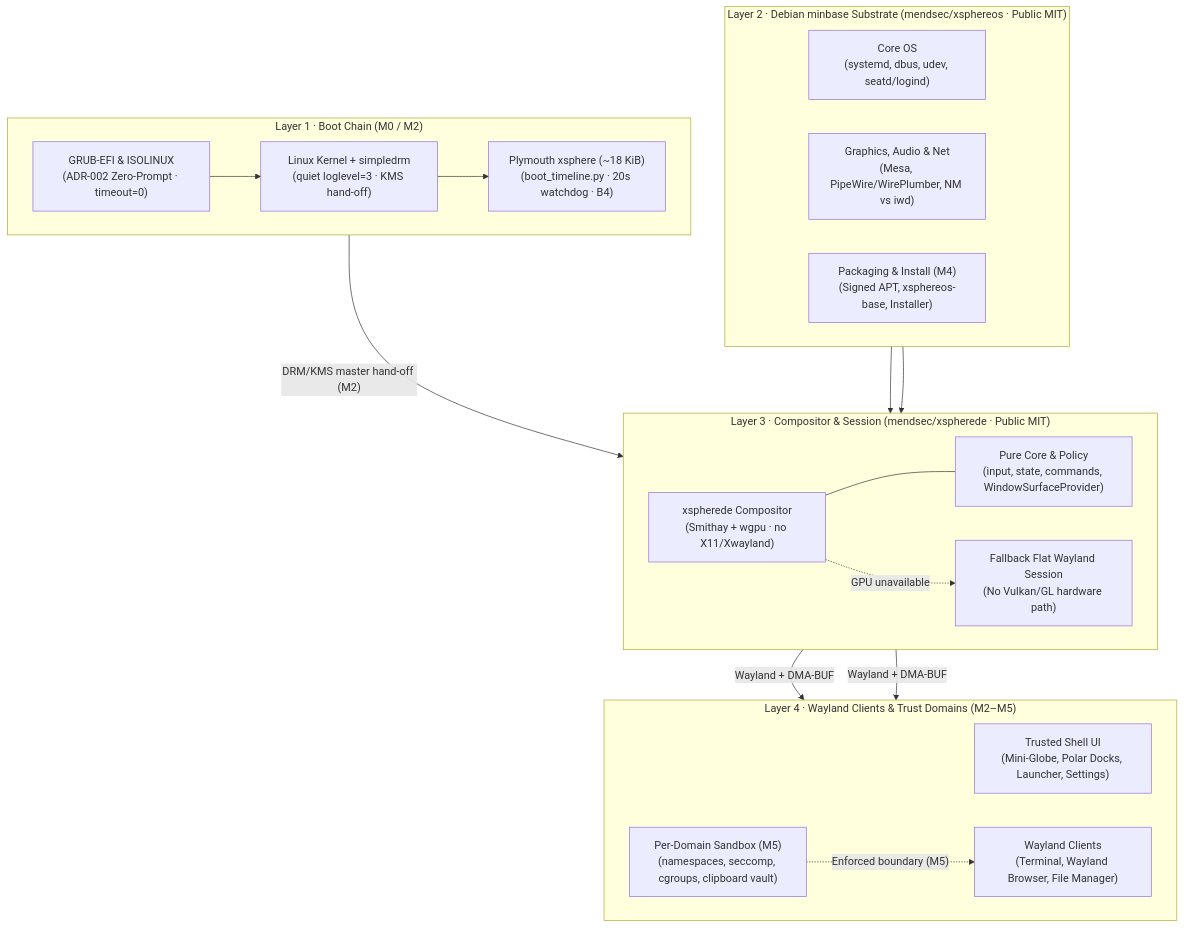
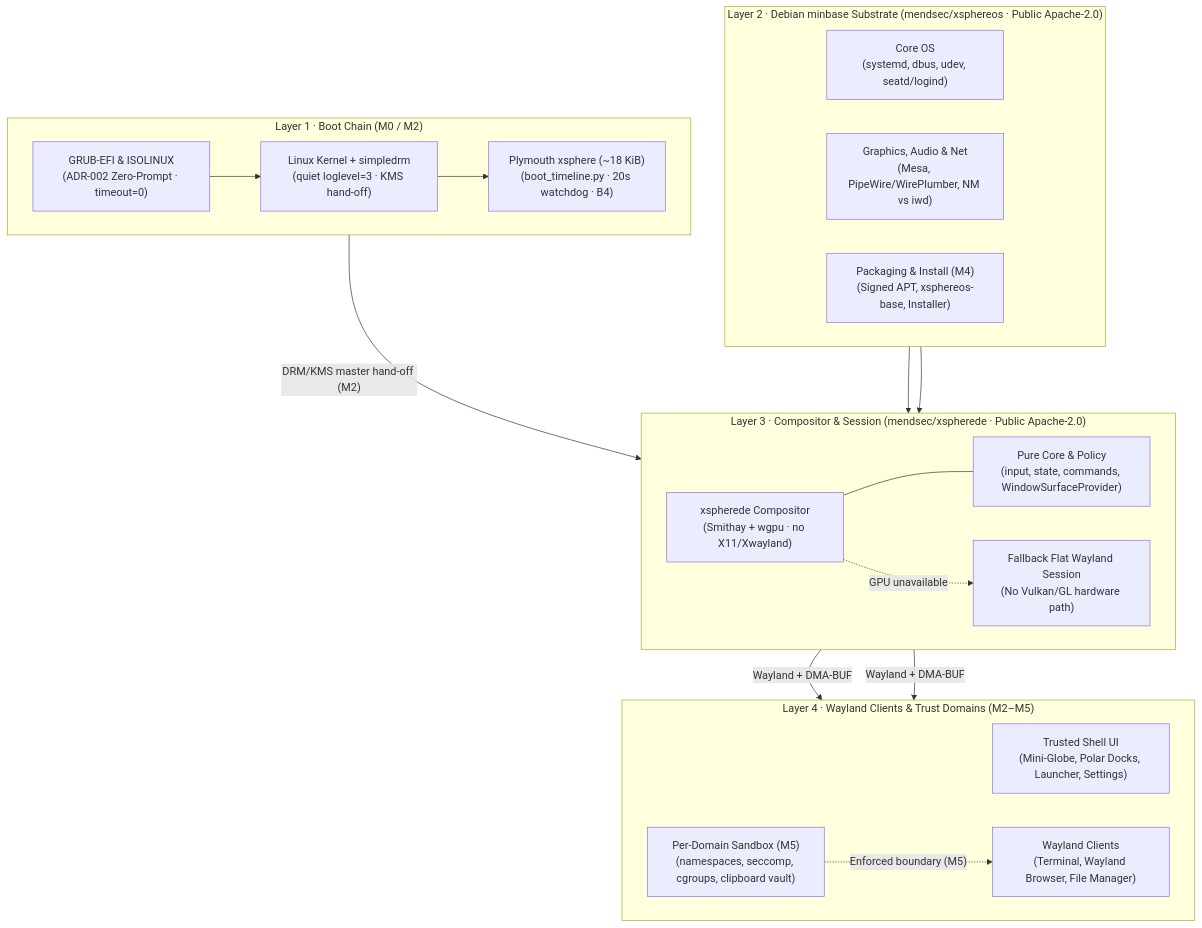
Before and after one commit to spheradian/spheradianos: the first of 3 diagrams in docs/ARCHITECTURE.md, drawn with Mermaid. The commit also changed 7 other files, not shown here.

First line of the commit message:
docs: license xsphereos under Apache-2.0 instead of MIT

````diff
--- a/docs/ARCHITECTURE.md
+++ b/docs/ARCHITECTURE.md
@@ -13,48 +13,48 @@
 ```mermaid
 flowchart TB
     subgraph L4["Layer 4 · Wayland Clients & Trust Domains (M2–M5)"]
         direction LR
         UI["Trusted Shell UI<br/>(Mini-Globe, Polar Docks, Launcher, Settings)"]
         APPS["Wayland Clients<br/>(Terminal, Wayland Browser, File Manager)"]
         SANDBOX["Per-Domain Sandbox (M5)<br/>(namespaces, seccomp, cgroups, clipboard vault)"]
     end
 
-    subgraph L3["Layer 3 · Compositor & Session (mendsec/xspherede · Public MIT)"]
+    subgraph L3["Layer 3 · Compositor & Session (mendsec/xspherede · Public Apache-2.0)"]
         direction LR
         SMITHAY["xspherede Compositor<br/>(Smithay + wgpu · no X11/Xwayland)"]
         CORE["Pure Core & Policy<br/>(input, state, commands, WindowSurfaceProvider)"]
         FALLBACK["Fallback Flat Wayland Session<br/>(No Vulkan/GL hardware path)"]
     end
 
-    subgraph L2["Layer 2 · Debian minbase Substrate (mendsec/xsphereos · Public MIT)"]
+    subgraph L2["Layer 2 · Debian minbase Substrate (mendsec/xsphereos · Public Apache-2.0)"]
         direction LR
         SYS["Core OS<br/>(systemd, dbus, udev, seatd/logind)"]
         MEDIA["Graphics, Audio & Net<br/>(Mesa, PipeWire/WirePlumber, NM vs iwd)"]
         PKG["Packaging & Install (M4)<br/>(Signed APT, xsphereos-base, Installer)"]
     end
 
     subgraph L1["Layer 1 · Boot Chain (M0 / M2)"]
         direction LR
         BOOT["GRUB-EFI & ISOLINUX<br/>(ADR-002 Zero-Prompt · timeout=0)"]
         KERN["Linux Kernel + simpledrm<br/>(quiet loglevel=3 · KMS hand-off)"]
         PLY["Plymouth xsphere (~18 KiB)<br/>(boot_timeline.py · 20s watchdog · B4)"]
     end
 
     BOOT --> KERN --> PLY
     PLY -->|"DRM/KMS master hand-off (M2)"| SMITHAY
     SYS --> SMITHAY
     MEDIA --> SMITHAY
     SMITHAY --- CORE
     SMITHAY -.->|"GPU unavailable"| FALLBACK
     SMITHAY -->|"Wayland + DMA-BUF"| UI
     SMITHAY -->|"Wayland + DMA-BUF"| APPS
     SANDBOX -.->|"Enforced boundary (M5)"| APPS
 
     click BOOT "https://github.com/mendsec/xsphereos/issues/14" "Issue #14: Zero-prompt bootloaders"
     click PLY "https://github.com/mendsec/xsphereos/issues/7" "Issue #7: Plymouth hand-off (B4)"
     click SMITHAY "https://github.com/mendsec/xsphereos/issues/9" "Issue #9: Smithay compositor session"
     click FALLBACK "https://github.com/mendsec/xsphereos/issues/5" "Issue #5: M1 prototype & fallback"
     click MEDIA "https://github.com/mendsec/xsphereos/issues/8" "Issue #8: Browser & network ADR"
     click PKG "https://github.com/mendsec/xsphereos/issues/12" "Issue #12: Signed APT & release"
     click SANDBOX "https://github.com/mendsec/xsphereos/issues/13" "Issue #13: Per-domain sandboxing"
 ```
````
